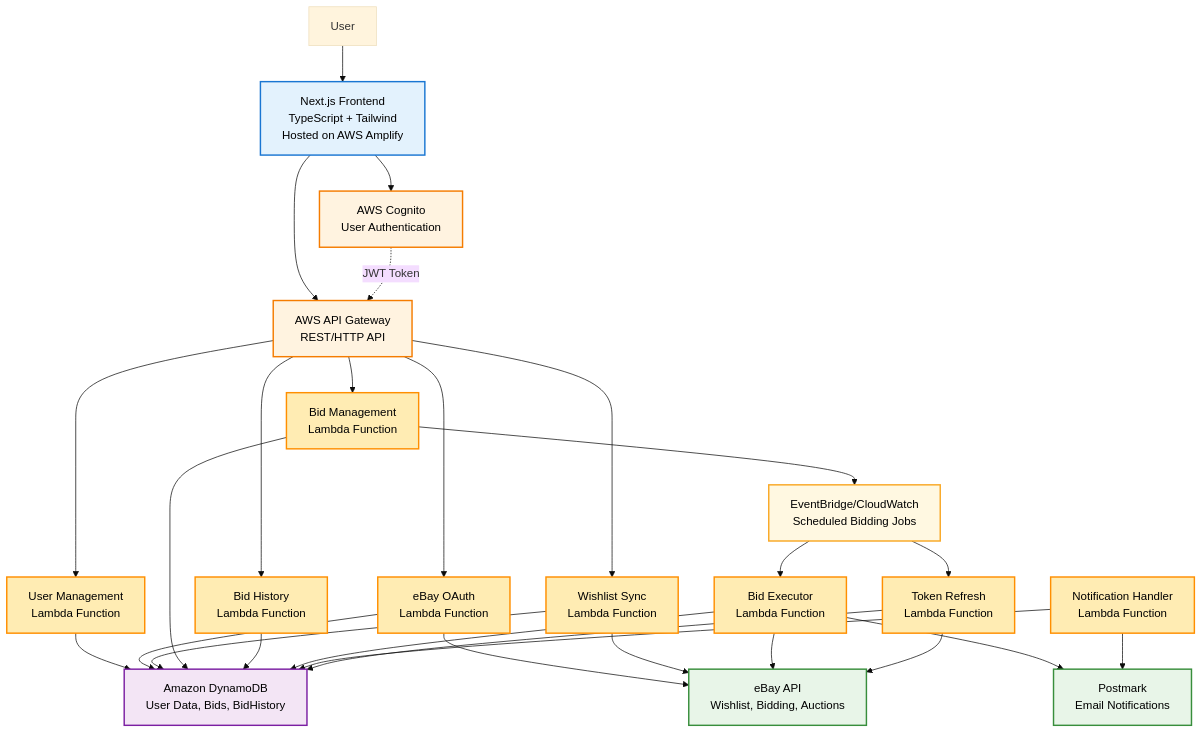
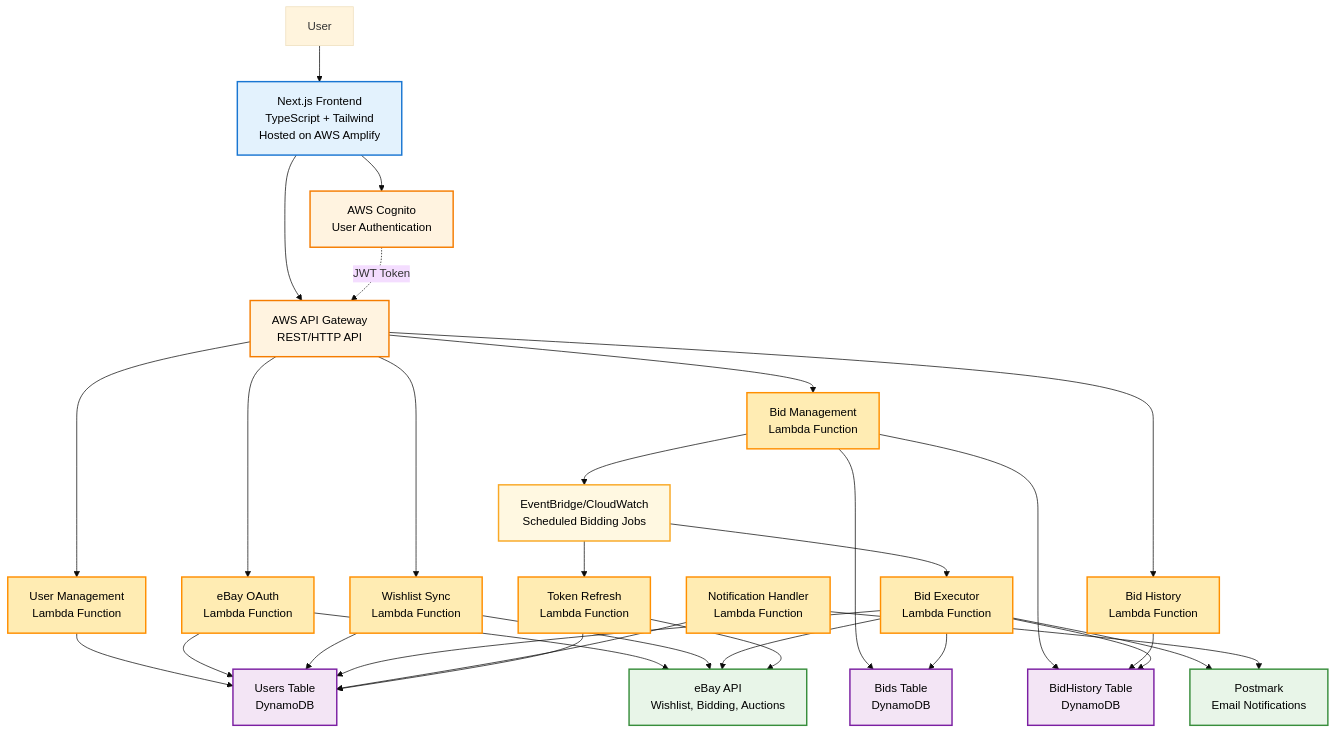
One commit to AdityaSidharta/ebay-sniper changed the diagram in docs/architecture.md. Above: the diagram before and after it, drawn with Mermaid (base theme). The commit also changed 1 other file, not shown here.

Commit message:
[Adi] :hammer: Update architecture diagram

````diff
--- a/docs/architecture.md
+++ b/docs/architecture.md
@@ -25,7 +25,9 @@
     TokenRefreshLambda[Token Refresh<br/>Lambda Function]
     
     %% Data Layer
-    DynamoDB[Amazon DynamoDB<br/>User Data, Bids, BidHistory]
+    UsersTable[Users Table<br/>DynamoDB]
+    BidsTable[Bids Table<br/>DynamoDB]
+    BidHistoryTable[BidHistory Table<br/>DynamoDB]
     
     %% External Services
     eBayAPI[eBay API<br/>Wishlist, Bidding, Auctions]
@@ -47,20 +49,23 @@
     APIGateway --> BidHistoryLambda
     
     %% Individual Lambda function interactions
-    UserMgmtLambda --> DynamoDB
-    EbayOAuthLambda --> DynamoDB
+    UserMgmtLambda --> UsersTable
+    EbayOAuthLambda --> UsersTable
     EbayOAuthLambda --> eBayAPI
-    WishlistSyncLambda --> DynamoDB
+    WishlistSyncLambda --> UsersTable
     WishlistSyncLambda --> eBayAPI
-    BidMgmtLambda --> DynamoDB
+    BidMgmtLambda --> BidsTable
+    BidMgmtLambda --> BidHistoryTable
     BidMgmtLambda --> Scheduler
-    BidHistoryLambda --> DynamoDB
-    BidExecutorLambda --> DynamoDB
+    BidHistoryLambda --> BidHistoryTable
+    BidExecutorLambda --> BidsTable
+    BidExecutorLambda --> BidHistoryTable
+    BidExecutorLambda --> UsersTable
     BidExecutorLambda --> eBayAPI
     BidExecutorLambda --> Postmark
-    NotificationLambda --> DynamoDB
+    NotificationLambda --> UsersTable
     NotificationLambda --> Postmark
-    TokenRefreshLambda --> DynamoDB
+    TokenRefreshLambda --> UsersTable
     TokenRefreshLambda --> eBayAPI
     
     %% Scheduled bidding flow
@@ -82,7 +87,7 @@
     class Cognito,APIGateway aws
     class UserMgmtLambda,EbayOAuthLambda,WishlistSyncLambda,BidMgmtLambda,BidHistoryLambda lambda
     class BidExecutorLambda,NotificationLambda,TokenRefreshLambda lambda
-    class DynamoDB data
+    class UsersTable,BidsTable,BidHistoryTable data
     class eBayAPI,Postmark external
     class Scheduler scheduler
 ```
````
